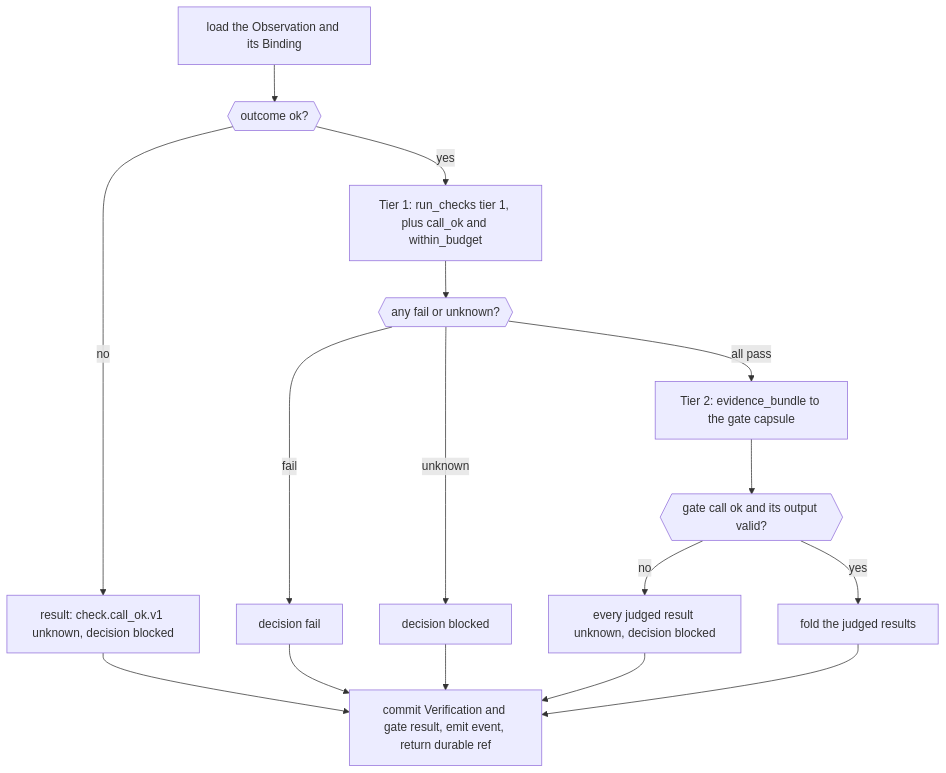
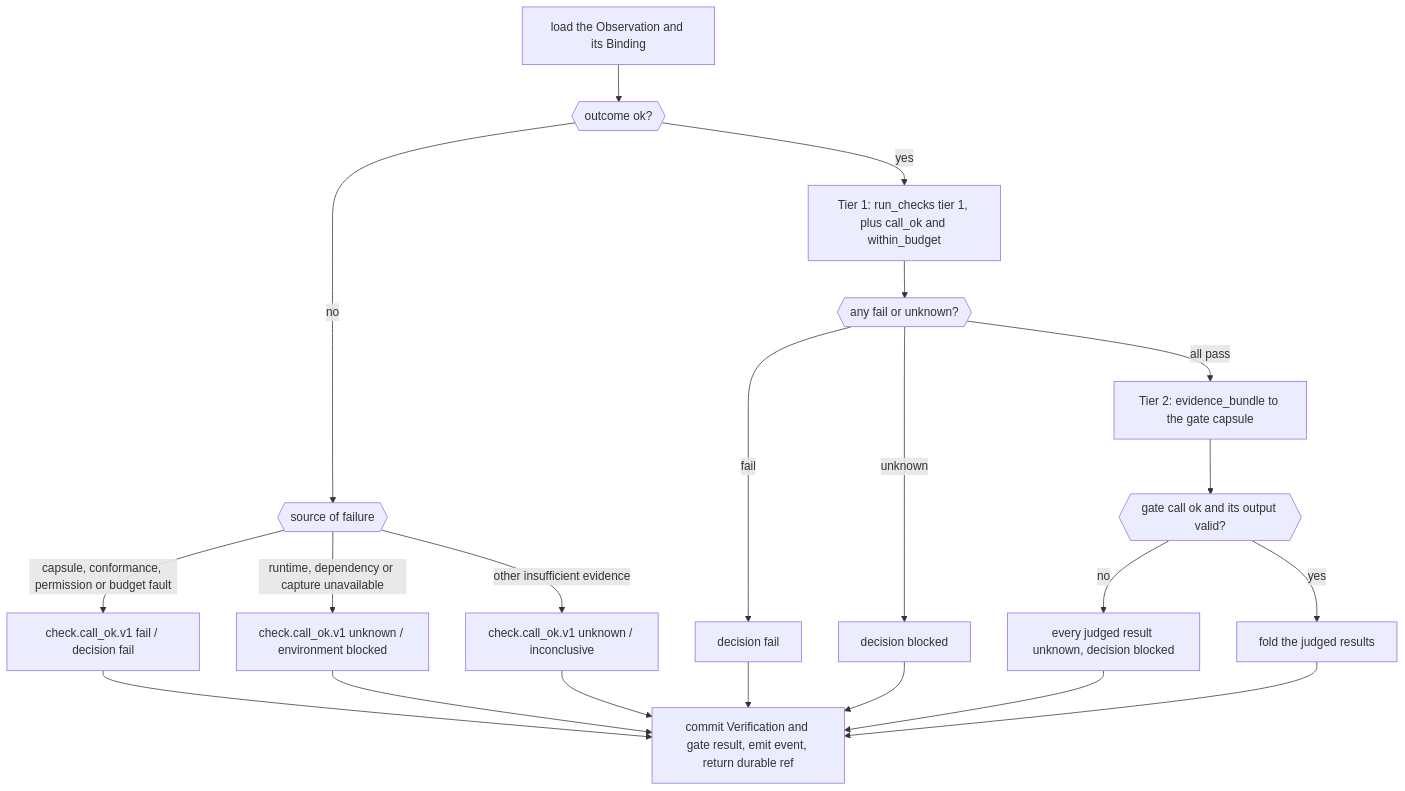
The diagram in docs/architecture/capsule/gate-host.md (Stellven/jiuwenswarm), drawn with Mermaid before and after one commit. The commit also changed other lines of this file and 18 other files, not shown here.

Commit message:
docs: reconcile capsule execution and durable runtime contracts

````diff
--- a/docs/architecture/capsule/gate-host.md
+++ b/docs/architecture/capsule/gate-host.md
@@ -39,14 +39,17 @@
 ```mermaid
 flowchart TB
     A["load the Observation and its Binding"] --> B{{"outcome ok?"}}
-    B -->|"no"| R1["result: check.call_ok.v1 unknown, decision blocked"]
+    B -->|"no"| C{{"source of failure"}}
+    C -->|"capsule, conformance, permission or budget fault"| R1["check.call_ok.v1 fail / decision fail"]
+    C -->|"runtime, dependency or capture unavailable"| R2["check.call_ok.v1 unknown / environment blocked"]
+    C -->|"other insufficient evidence"| R3["check.call_ok.v1 unknown / inconclusive"]
     B -->|"yes"| T1["Tier 1: run_checks tier 1, plus call_ok and within_budget"]
     T1 --> F1{{"any fail or unknown?"}}
     F1 -->|"fail"| D1["decision fail"]
     F1 -->|"unknown"| D2["decision blocked"]
     F1 -->|"all pass"| T2["Tier 2: evidence_bundle to the gate capsule"]
     T2 --> V{{"gate call ok and its output valid?"}}
     V -->|"no"| D3["every judged result unknown, decision blocked"]
     V -->|"yes"| F2["fold the judged results"]
-    R1 & D1 & D2 & D3 & F2 --> W["commit Verification and gate result, emit event, return durable ref"]
+    R1 & R2 & R3 & D1 & D2 & D3 & F2 --> W["commit Verification and gate result, emit event, return durable ref"]
 ```
````
